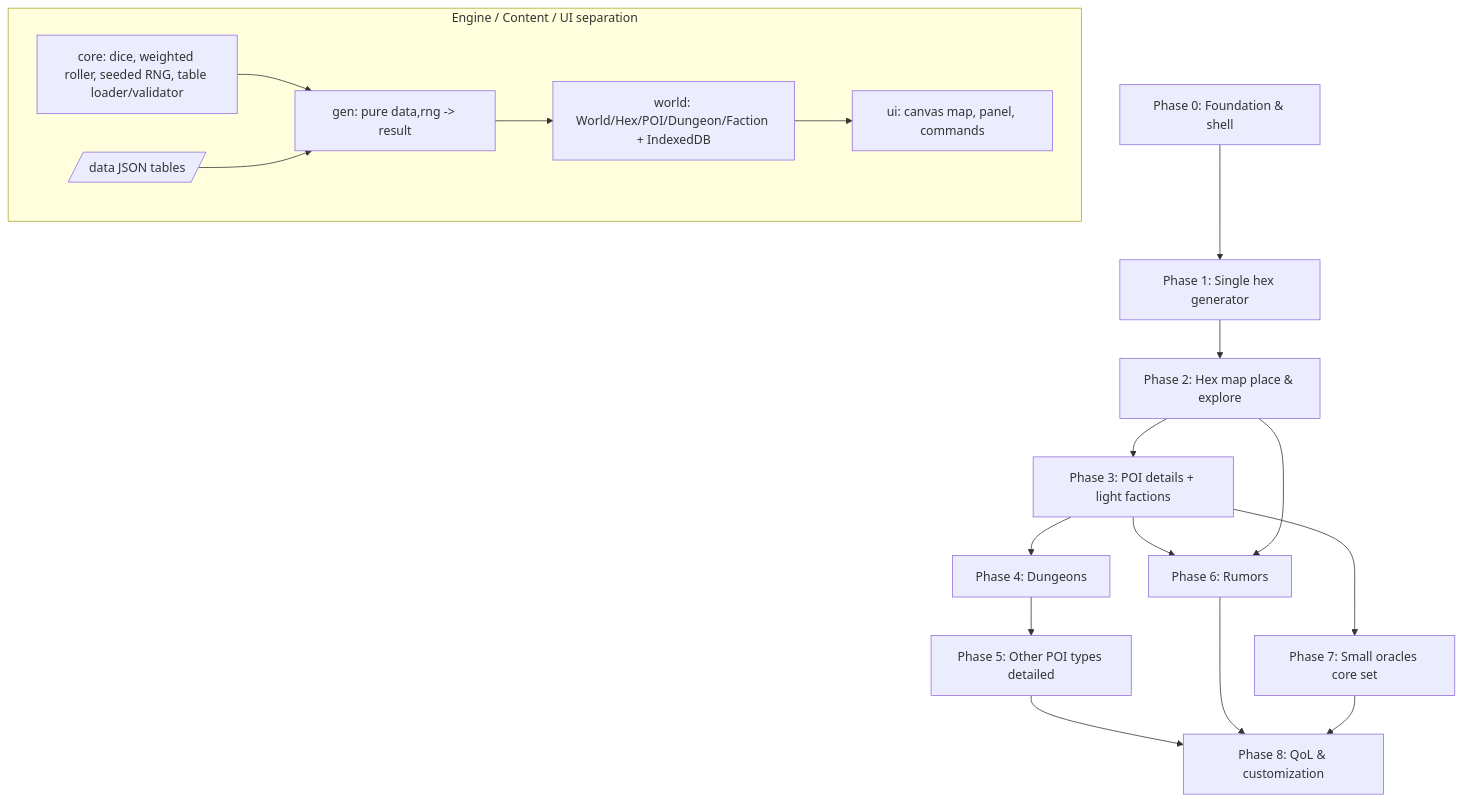
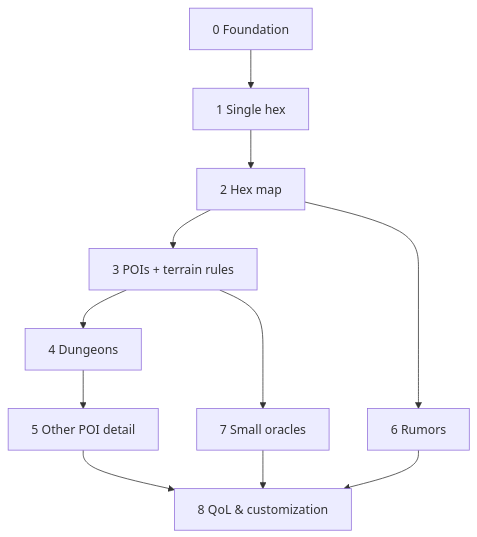
Before and after one commit to jon-peel/solopg: the diagram in PLAN.md, drawn with Mermaid. The commit also changed other lines of this file and 1 other file, not shown here.

````diff
--- a/PLAN.md
+++ b/PLAN.md
@@ -53,26 +91,10 @@
 ```mermaid
 graph TD
-    P0[Phase 0: Foundation & shell] --> P1[Phase 1: Single hex generator]
-    P1 --> P2[Phase 2: Hex map place & explore]
-    P2 --> P3[Phase 3: POI details + light factions]
-    P3 --> P4[Phase 4: Dungeons]
-    P4 --> P5[Phase 5: Other POI types detailed]
-    P3 --> P6[Phase 6: Rumors]
-    P2 --> P6
-    P3 --> P7[Phase 7: Small oracles core set]
-    P5 --> P8[Phase 8: QoL & customization]
+    P0[0 Foundation] --> P1[1 Single hex] --> P2[2 Hex map] --> P3[3 POIs + terrain rules]
+    P3 --> P4[4 Dungeons] --> P5[5 Other POI detail]
+    P2 --> P6[6 Rumors]
+    P3 --> P7[7 Small oracles]
+    P5 --> P8[8 QoL & customization]
     P6 --> P8
     P7 --> P8
-
-    subgraph Layering[Engine / Content / UI separation]
-        ENG[core: dice, weighted roller, seeded RNG, table loader/validator]
-        DATA[/data JSON tables/]
-        GEN[gen: pure data,rng -> result]
-        WORLD[world: World/Hex/POI/Dungeon/Faction + IndexedDB]
-        UI[ui: canvas map, panel, commands]
-        ENG --> GEN
-        DATA --> GEN
-        GEN --> WORLD
-        WORLD --> UI
-    end
 ```
````
